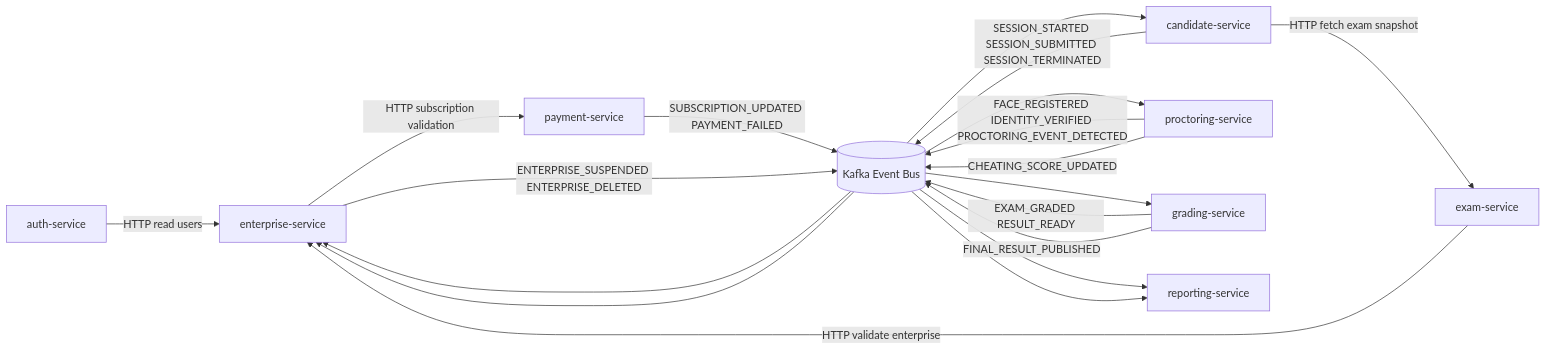
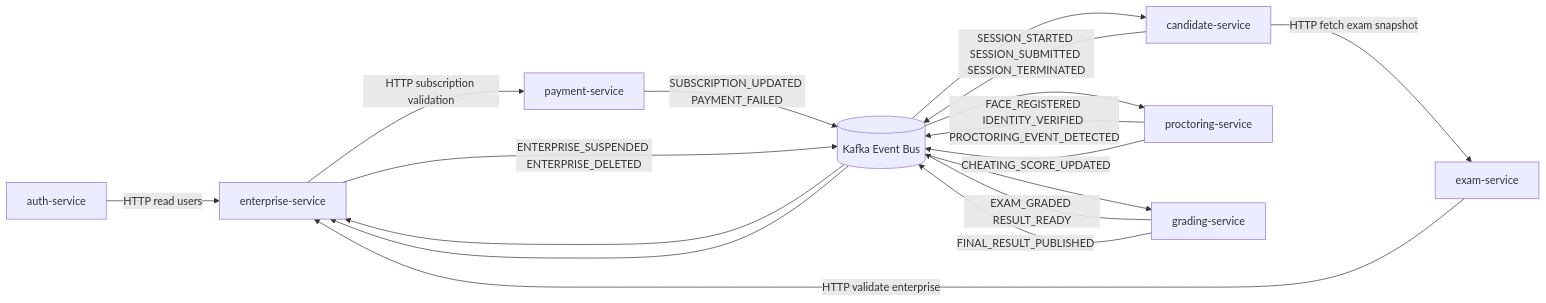
Before and after one commit to tamirat-dejene/veritas: the diagram in docs/architecture.md, drawn with Mermaid. The commit also changed other lines of this file and 1 other file, not shown here.

````diff
--- a/docs/architecture.md
+++ b/docs/architecture.md
@@ -51,42 +50,39 @@
 ```mermaid
 flowchart LR
-	%% Core Services
-	AuthService["auth-service"]
-	EnterpriseService["enterprise-service"]
-	ExamService["exam-service"]
-	CandidateService["candidate-service"]
-	PaymentService["payment-service"]
+ %% Core Services
+ AuthService["auth-service"]
+ EnterpriseService["enterprise-service"]
+ ExamService["exam-service"]
+ CandidateService["candidate-service"]
+ PaymentService["payment-service"]
 
-	ProctoringService["proctoring-service"]
-	GradingService["grading-service"]
-	ReportingService["reporting-service"]
+ ProctoringService["proctoring-service"]
+ GradingService["grading-service"]
 
-	Kafka[(Kafka Event Bus)]
+ Kafka[(Kafka Event Bus)]
 
-	%% Synchronous APIs
-	AuthService -->|HTTP read users| EnterpriseService
-	ExamService -->|HTTP validate enterprise| EnterpriseService
-	CandidateService -->|HTTP fetch exam snapshot| ExamService
-	EnterpriseService -->|HTTP subscription validation| PaymentService
+ %% Synchronous APIs
+ AuthService -->|HTTP read users| EnterpriseService
+ ExamService -->|HTTP validate enterprise| EnterpriseService
+ CandidateService -->|HTTP fetch exam snapshot| ExamService
+ EnterpriseService -->|HTTP subscription validation| PaymentService
 
-	%% Event Publishing
-	CandidateService -->|SESSION_STARTED SESSION_SUBMITTED SESSION_TERMINATED| Kafka
-	ProctoringService -->|FACE_REGISTERED IDENTITY_VERIFIED PROCTORING_EVENT_DETECTED| Kafka
-	GradingService -->|EXAM_GRADED RESULT_READY| Kafka
-	PaymentService -->|SUBSCRIPTION_UPDATED PAYMENT_FAILED| Kafka
-	EnterpriseService -->|ENTERPRISE_SUSPENDED ENTERPRISE_DELETED| Kafka
+ %% Event Publishing
+ CandidateService -->|SESSION_STARTED SESSION_SUBMITTED SESSION_TERMINATED| Kafka
+ ProctoringService -->|FACE_REGISTERED IDENTITY_VERIFIED PROCTORING_EVENT_DETECTED| Kafka
+ GradingService -->|EXAM_GRADED RESULT_READY| Kafka
+ PaymentService -->|SUBSCRIPTION_UPDATED PAYMENT_FAILED| Kafka
+ EnterpriseService -->|ENTERPRISE_SUSPENDED ENTERPRISE_DELETED| Kafka
 
-	%% Event Consumers
-	Kafka --> ProctoringService
-	Kafka --> GradingService
-	Kafka --> ReportingService
-	Kafka --> CandidateService
-	Kafka --> EnterpriseService
+ %% Event Consumers
+ Kafka --> ProctoringService
+ Kafka --> GradingService
+ Kafka --> CandidateService
+ Kafka --> EnterpriseService
 
-	%% Cross Domain Reactions
-	ProctoringService -->|CHEATING_SCORE_UPDATED| Kafka
-	GradingService -->|FINAL_RESULT_PUBLISHED| Kafka
+ %% Cross Domain Reactions
+ ProctoringService -->|CHEATING_SCORE_UPDATED| Kafka
+ GradingService -->|FINAL_RESULT_PUBLISHED| Kafka
 
-	Kafka --> ReportingService
-	Kafka --> EnterpriseService
+ Kafka --> EnterpriseService
 ```
````
